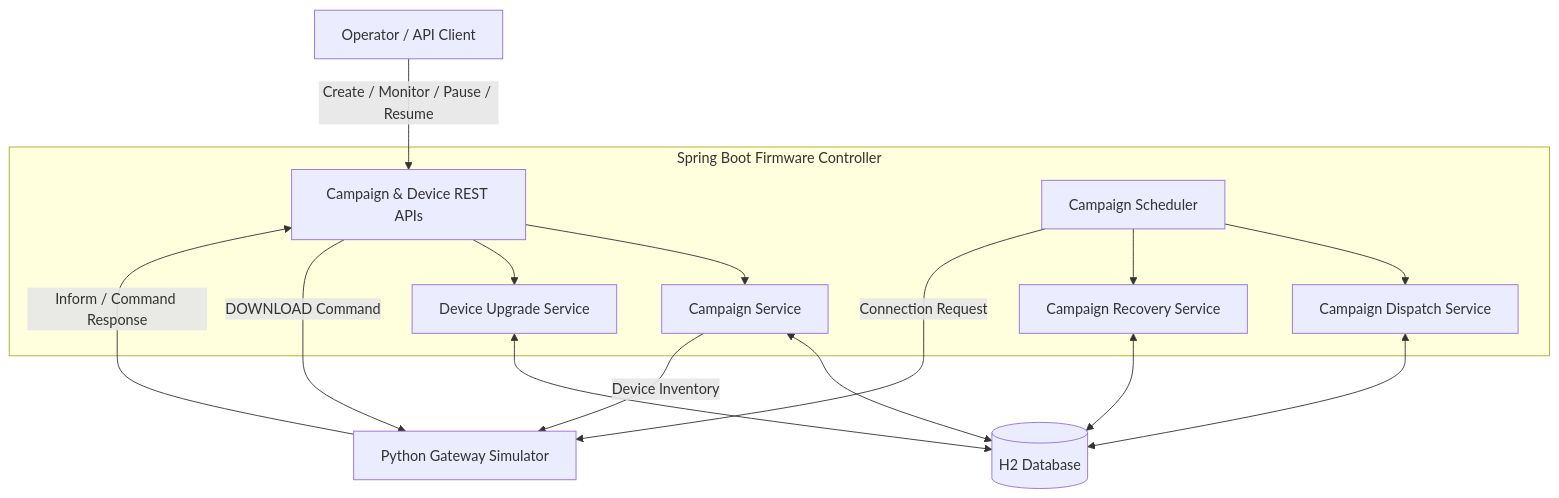
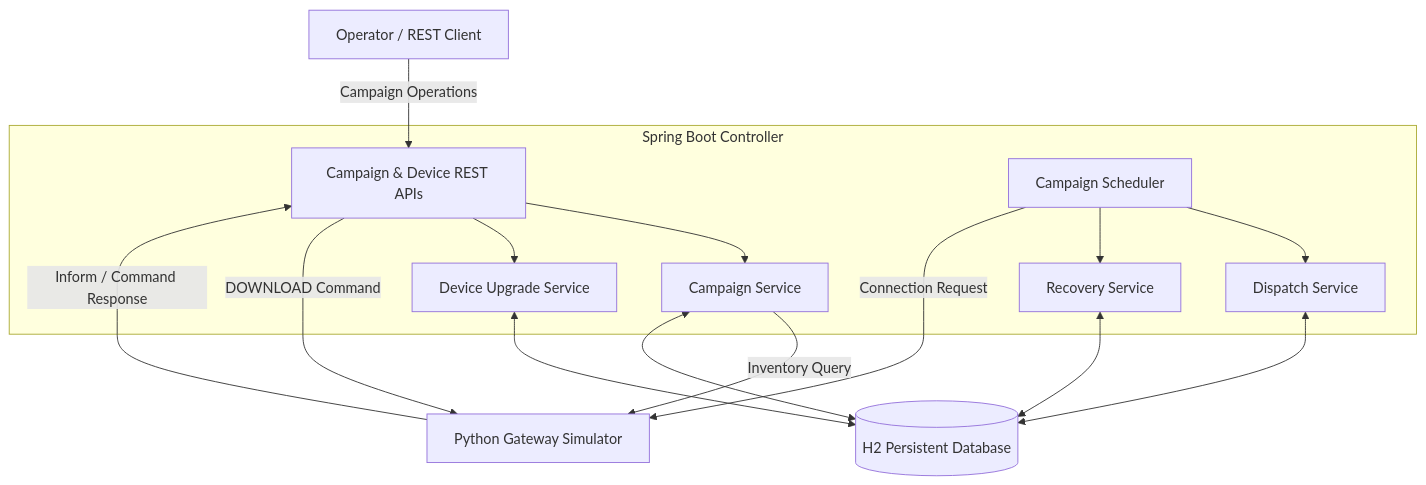
One commit to suneelagrawal/device-simulator changed the first of 3 diagrams in README.md. Above: the diagram before and after it, drawn with Mermaid. The commit also changed other lines of this file, not shown here.

````diff
--- a/README.md
+++ b/README.md
@@ -24,33 +26,32 @@
 ```mermaid
 flowchart TB
-    OP["Operator / API Client"]
+    OP["Operator / REST Client"]
 
-    subgraph CTRL["Spring Boot Firmware Controller"]
+    subgraph APP["Spring Boot Controller"]
         API["Campaign & Device REST APIs"]
         CS["Campaign Service"]
         SCH["Campaign Scheduler"]
-        DS["Campaign Dispatch Service"]
-        RS["Campaign Recovery Service"]
+        DS["Dispatch Service"]
+        RS["Recovery Service"]
         US["Device Upgrade Service"]
 
         API --> CS
         API --> US
         SCH --> DS
         SCH --> RS
     end
 
-    DB[("H2 Database")]
+    DB[("H2 Persistent Database")]
     SIM["Python Gateway Simulator"]
 
-    OP -->|"Create / Monitor / Pause / Resume"| API
+    OP -->|"Campaign Operations"| API
+    CS -->|"Inventory Query"| SIM
+    SCH -->|"Connection Request"| SIM
+    SIM -->|"Inform / Command Response"| API
+    API -->|"DOWNLOAD Command"| SIM
 
     CS <--> DB
     DS <--> DB
     RS <--> DB
     US <--> DB
-
-    CS -->|"Device Inventory"| SIM
-    SCH -->|"Connection Request"| SIM
-    SIM -->|"Inform / Command Response"| API
-    API -->|"DOWNLOAD Command"| SIM
 ```
````
